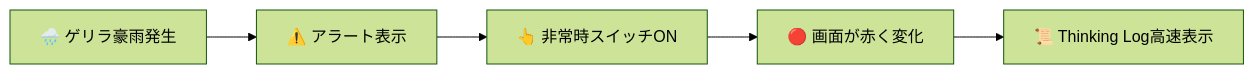
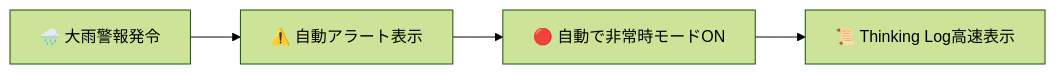
The third of 6 diagrams in Docs/確定/09_デモシナリオ・テスト計画書.md (Ryg-appdev/safe-routing-ai-navigation), drawn with Mermaid (forest theme) before and after one commit. The commit also changed other lines of this file and 6 other files, not shown here.

````diff
--- a/Docs/確定/09_デモシナリオ・テスト計画書.md
+++ b/Docs/確定/09_デモシナリオ・テスト計画書.md
@@ -50,7 +50,6 @@
 ```mermaid
 flowchart LR
-    A[🌧️ ゲリラ豪雨発生] --> B[⚠️ アラート表示]
-    B --> C[👆 非常時スイッチON]
-    C --> D[🔴 画面が赤く変化]
-    D --> E[📜 Thinking Log高速表示]
+    A["🌧️ 大雨警報発令"] --> B["⚠️ 自動アラート表示"]
+    B --> C["🔴 自動で非常時モードON"]
+    C --> D["📜 Thinking Log高速表示"]
 ```
````
